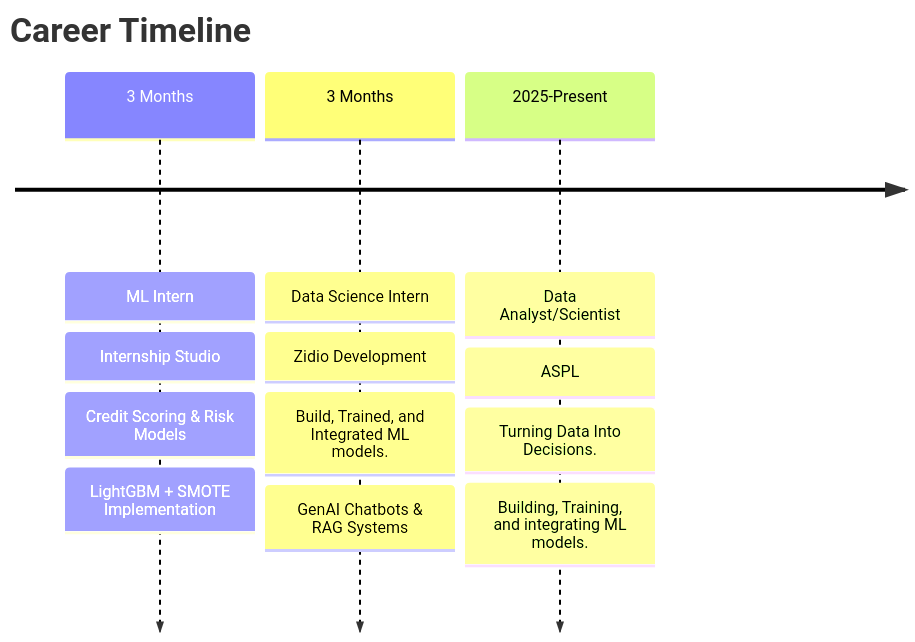
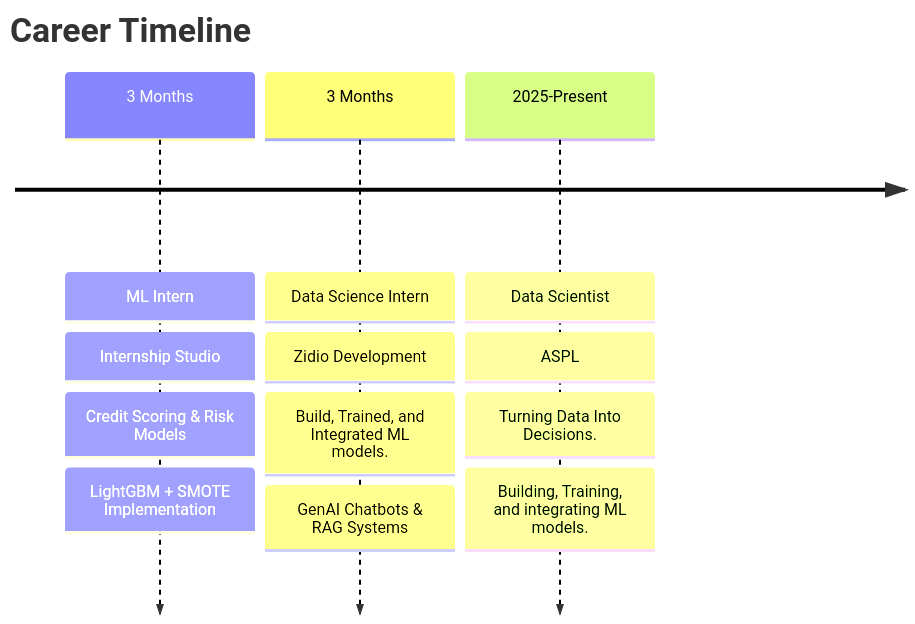
The diagram in README.md (iamakashjha/iamakashjha), drawn with Mermaid before and after one commit.

Commit message:
Update job title from Data Analyst to Data Scientist

````diff
--- a/README.md
+++ b/README.md
@@ -184,19 +184,19 @@
 ```mermaid
 timeline
     title Career Timeline
     
      3 Months : ML Intern
               : Internship Studio
               : Credit Scoring & Risk Models
               : LightGBM + SMOTE Implementation
     
      3 Months : Data Science Intern
               : Zidio Development
               : Build, Trained, and Integrated ML models.
               : GenAI Chatbots & RAG Systems
     
-    2025-Present : Data Analyst/Scientist
+    2025-Present : Data Scientist
                  : ASPL
                  : Turning Data Into Decisions.
                  : Building, Training, and integrating ML models.
 ```
````
